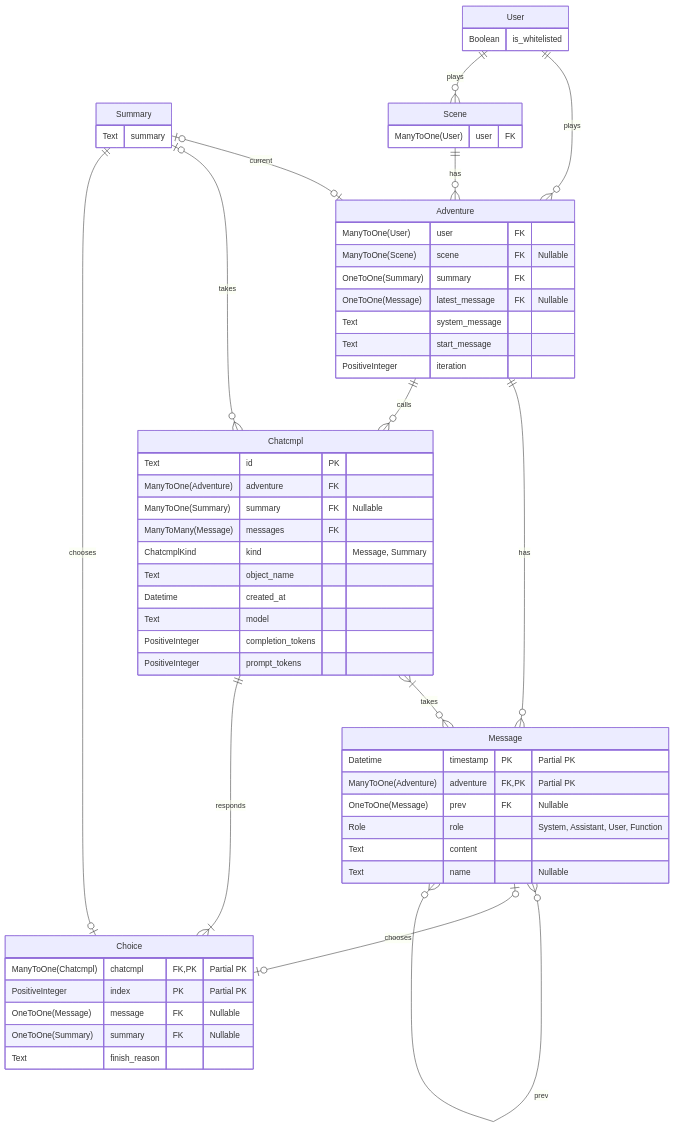
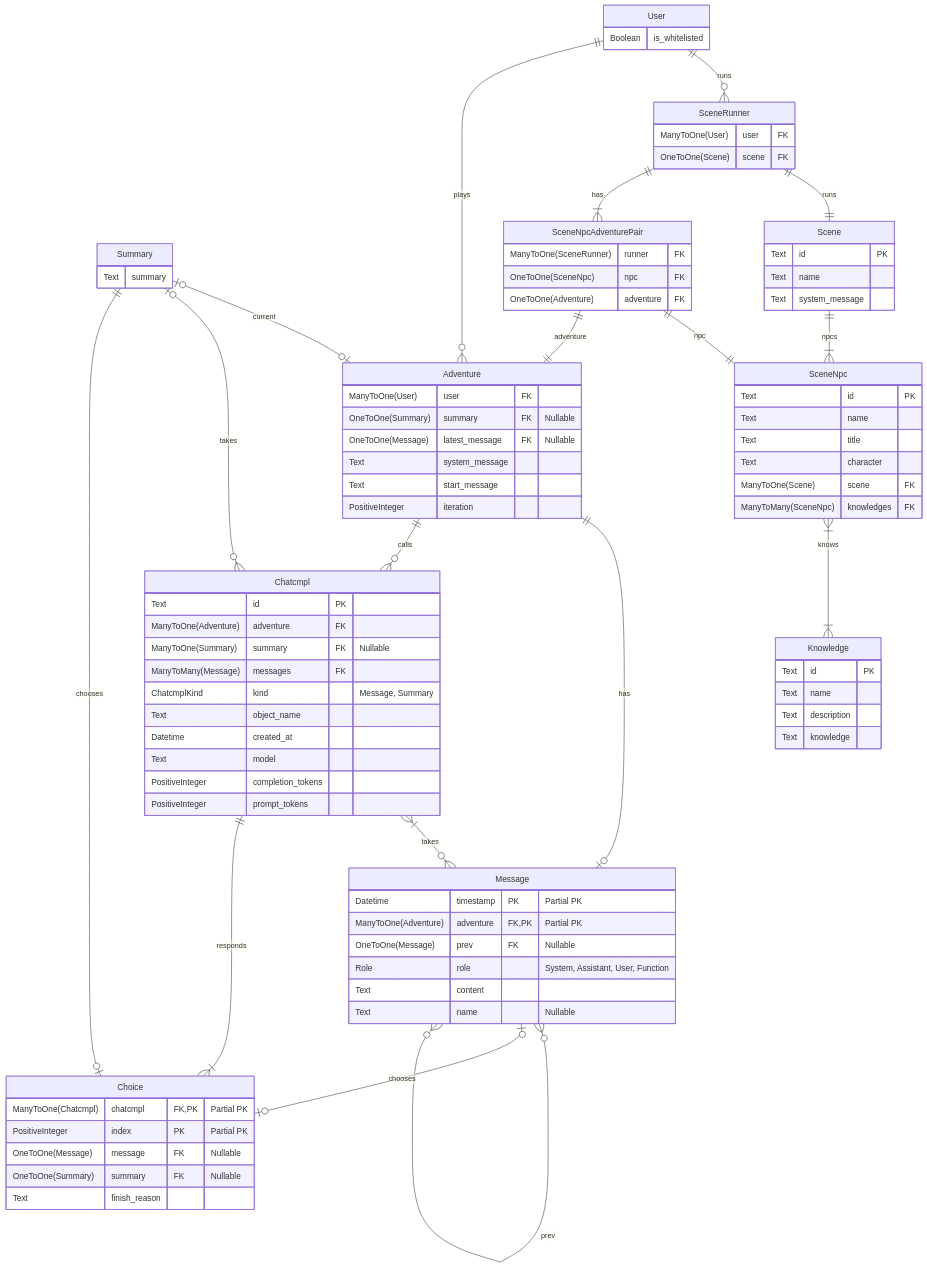
The third of 3 diagrams in README.md (LioQing/verbose-adventure), drawn with Mermaid before and after one commit. The commit also changed 13 other files, not shown here.

```diff
--- a/README.md
+++ b/README.md
@@ -112,14 +112,42 @@
         Text summary
     }
 
+    SceneRunner {
+        ManyToOne(User) user FK
+        OneToOne(Scene) scene FK
+    }
+
     Scene {
-        ManyToOne(User) user FK
+        Text id PK
+        Text name
+        Text system_message
+    }
+
+    SceneNpcAdventurePair {
+        ManyToOne(SceneRunner) runner FK
+        OneToOne(SceneNpc) npc FK
+        OneToOne(Adventure) adventure FK
+    }
+
+    SceneNpc {
+        Text id PK
+        Text name
+        Text title
+        Text character
+        ManyToOne(Scene) scene FK
+        ManyToMany(SceneNpc) knowledges FK
+    }
+
+    Knowledge {
+        Text id PK
+        Text name
+        Text description
+        Text knowledge
     }
 
     Adventure {
         ManyToOne(User) user FK
-        ManyToOne(Scene) scene FK "Nullable"
-        OneToOne(Summary) summary FK
+        OneToOne(Summary) summary FK "Nullable"
         OneToOne(Message) latest_message FK "Nullable"
         Text system_message
         Text start_message
@@ -156,15 +184,25 @@
         Text finish_reason
     }
 
+    User ||--o{ SceneRunner : runs
+
     User ||--o{ Adventure : plays
 
-    User ||--o{ Scene : plays
+    SceneRunner ||--|| Scene : runs
 
-    Scene ||--o{ Adventure : has
+    SceneRunner ||--|{ SceneNpcAdventurePair : has
+
+    Scene ||--|{ SceneNpc : npcs
+
+    SceneNpcAdventurePair ||--|| SceneNpc : npc
+
+    SceneNpcAdventurePair ||--|| Adventure : adventure
+
+    SceneNpc }|--|{ Knowledge : knows
 
     Message }o--o{ Message : prev
 
-    Adventure ||--o{ Message : has
+    Adventure ||--o| Message : has
 
     Adventure ||--o{ Chatcmpl : calls
 
```
